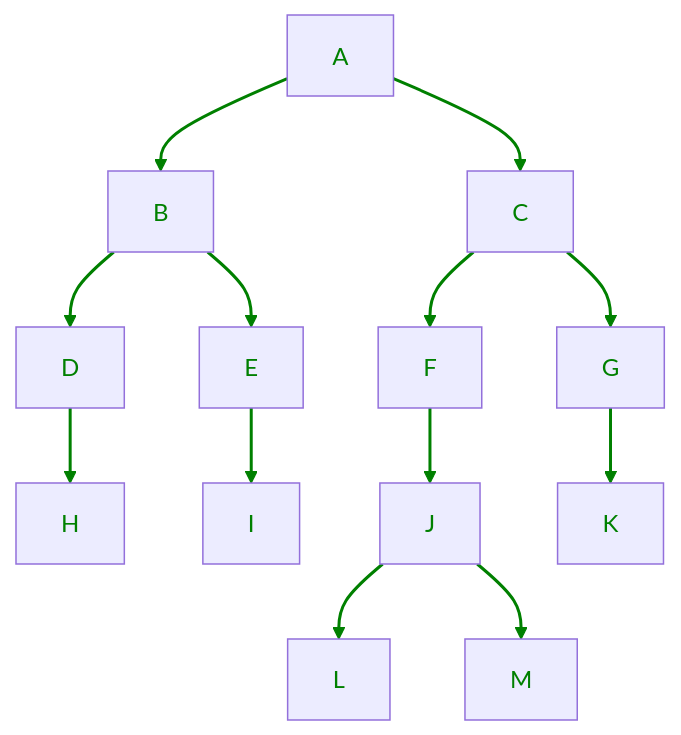
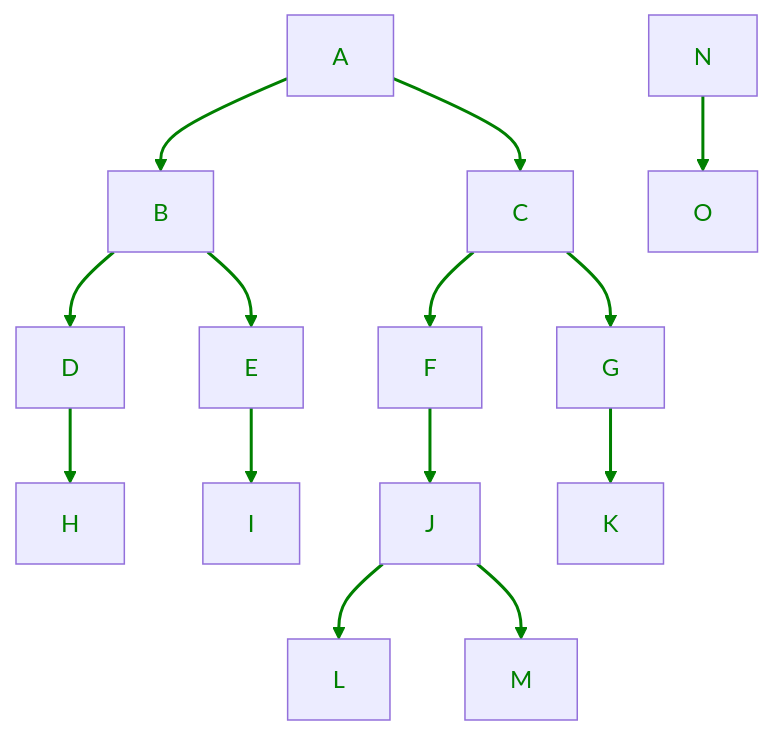
Before and after one commit to bringauto/packager: the sixth of 6 diagrams in doc/UseCaseScenarios.md, drawn with Mermaid. The commit also changed other lines of this file and 1 other file, not shown here.

````diff
--- a/doc/UseCaseScenarios.md
+++ b/doc/UseCaseScenarios.md
@@ -224,42 +237,47 @@
 ```mermaid
 graph TD
     A
     A --> B
     A --> C
     B --> D
     B --> E
     C --> F
     C --> G
     D --> H
     E --> I
     F --> J
     G --> K
     J --> L
     J --> M
+    N
+    N --> O
 
     style A color:green;
     style B color:green;
     style C color:green;
     style D color:green;
     style E color:green;
     style F color:green;
     style G color:green;
     style H color:green;
     style I color:green;
     style J color:green;
     style K color:green;
     style L color:green;
     style M color:green;
+    style N color:green;
+    style O color:green;
     linkStyle 0 stroke:green,stroke-width:2px;
     linkStyle 1 stroke:green,stroke-width:2px;
     linkStyle 2 stroke:green,stroke-width:2px;
     linkStyle 3 stroke:green,stroke-width:2px;
     linkStyle 4 stroke:green,stroke-width:2px;
     linkStyle 5 stroke:green,stroke-width:2px;
     linkStyle 6 stroke:green,stroke-width:2px;
     linkStyle 7 stroke:green,stroke-width:2px;
     linkStyle 8 stroke:green,stroke-width:2px;
     linkStyle 9 stroke:green,stroke-width:2px;
     linkStyle 10 stroke:green,stroke-width:2px;
     linkStyle 11 stroke:green,stroke-width:2px;
+    linkStyle 12 stroke:green,stroke-width:2px;
 ```
````
